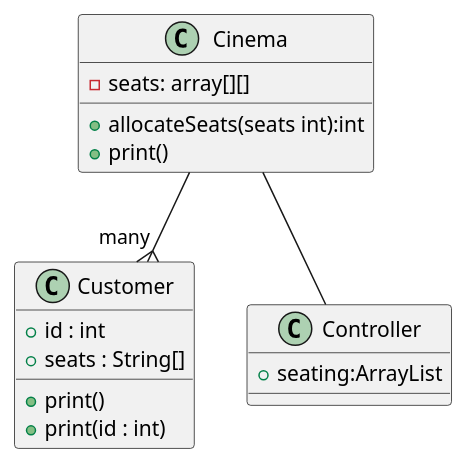
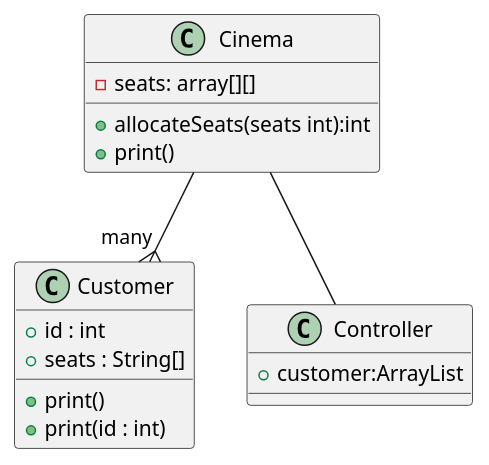
The diagram in CinnamonCinema.puml (abinormal/CinnamonCinemas), drawn with PlantUML before and after one commit. The commit also changed 1 other file, not shown here.

Commit message:
Add function to add seats to the array

```diff
--- a/CinnamonCinema.puml
+++ b/CinnamonCinema.puml
@@ -1,21 +1,21 @@
 @startuml
 'https://plantuml.com/class-diagram
 
 Cinema --{ "many" Customer
 Cinema -- Controller
 class Controller {
-    +seating:ArrayList
+    +customer:ArrayList
 }
 
 class Cinema {
     -seats: array[][]
     +allocateSeats(seats int):int
     +print()
 }
 class Customer{
     +id : int
     +seats : String[]
     +print()
     +print(id : int)
 }
 @enduml
```
